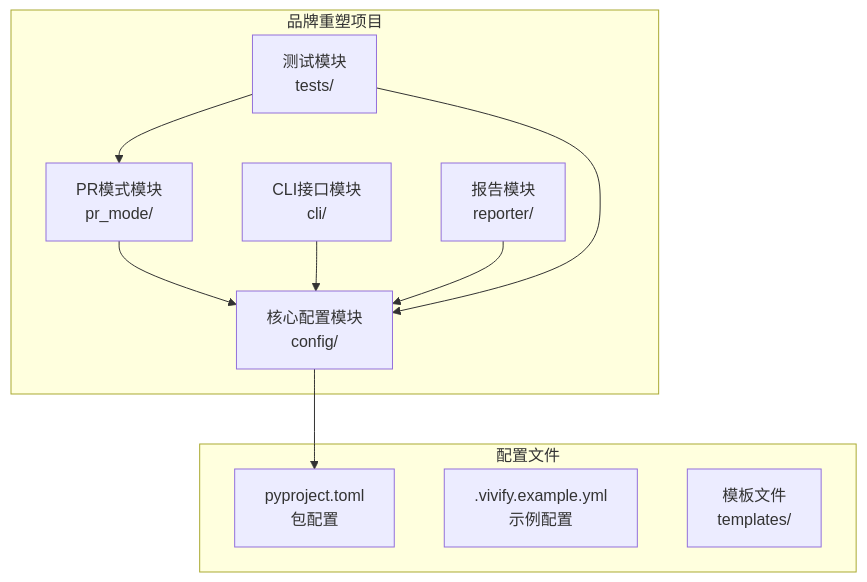
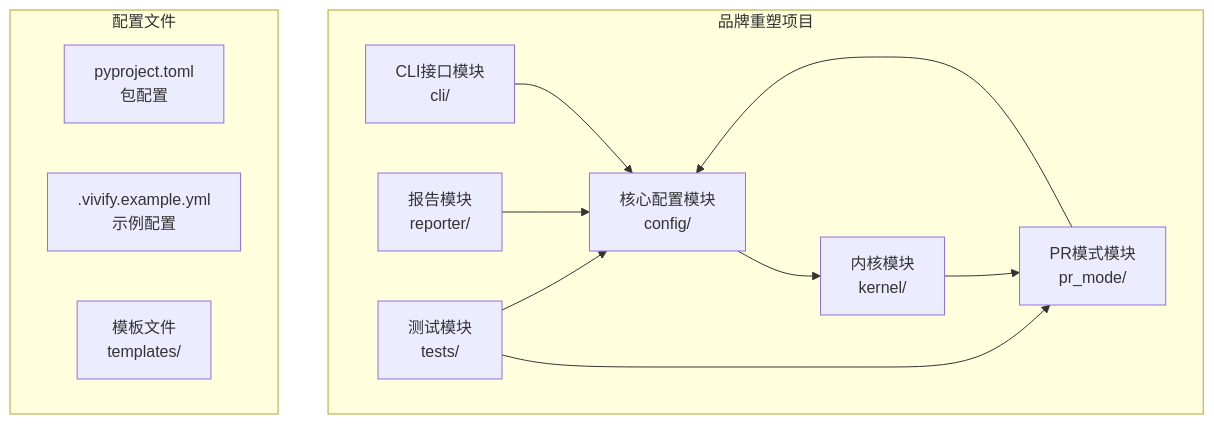
The first of 7 diagrams in .qoder/repowiki/zh/content/技术实现参考/代码替换策略/PR创建和工作树管理.md (pinsonchen/vivify), drawn with Mermaid before and after one commit. The commit also changed other lines of this file and 6 other files, not shown here.

````diff
--- a/.qoder/repowiki/zh/content/技术实现参考/代码替换策略/PR创建和工作树管理.md
+++ b/.qoder/repowiki/zh/content/技术实现参考/代码替换策略/PR创建和工作树管理.md
@@ -38,21 +50,23 @@
 ```mermaid
 graph TB
 subgraph "品牌重塑项目"
 A[核心配置模块<br/>config/]
 B[PR模式模块<br/>pr_mode/]
 C[CLI接口模块<br/>cli/]
 D[报告模块<br/>reporter/]
 E[测试模块<br/>tests/]
+F[内核模块<br/>kernel/]
 end
 subgraph "配置文件"
-F[pyproject.toml<br/>包配置]
-G[.vivify.example.yml<br/>示例配置]
-H[模板文件<br/>templates/]
+G[pyproject.toml<br/>包配置]
+H[.vivify.example.yml<br/>示例配置]
+I[模板文件<br/>templates/]
 end
 A --> F
 B --> A
 C --> A
 D --> A
 E --> B
 E --> A
+F --> B
 ```
````
